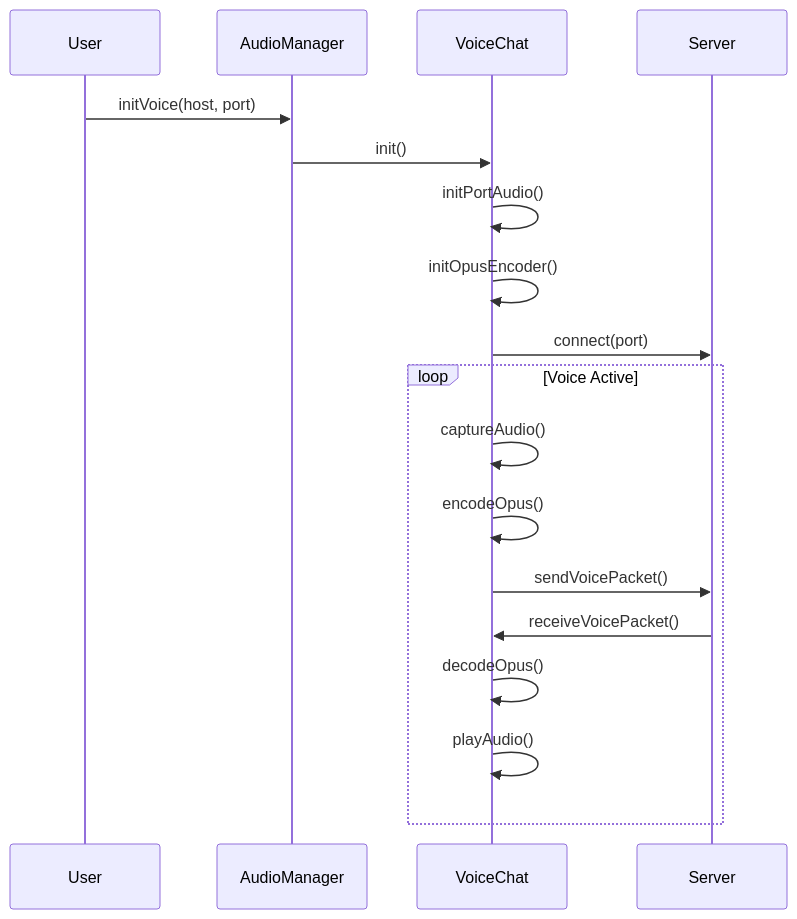
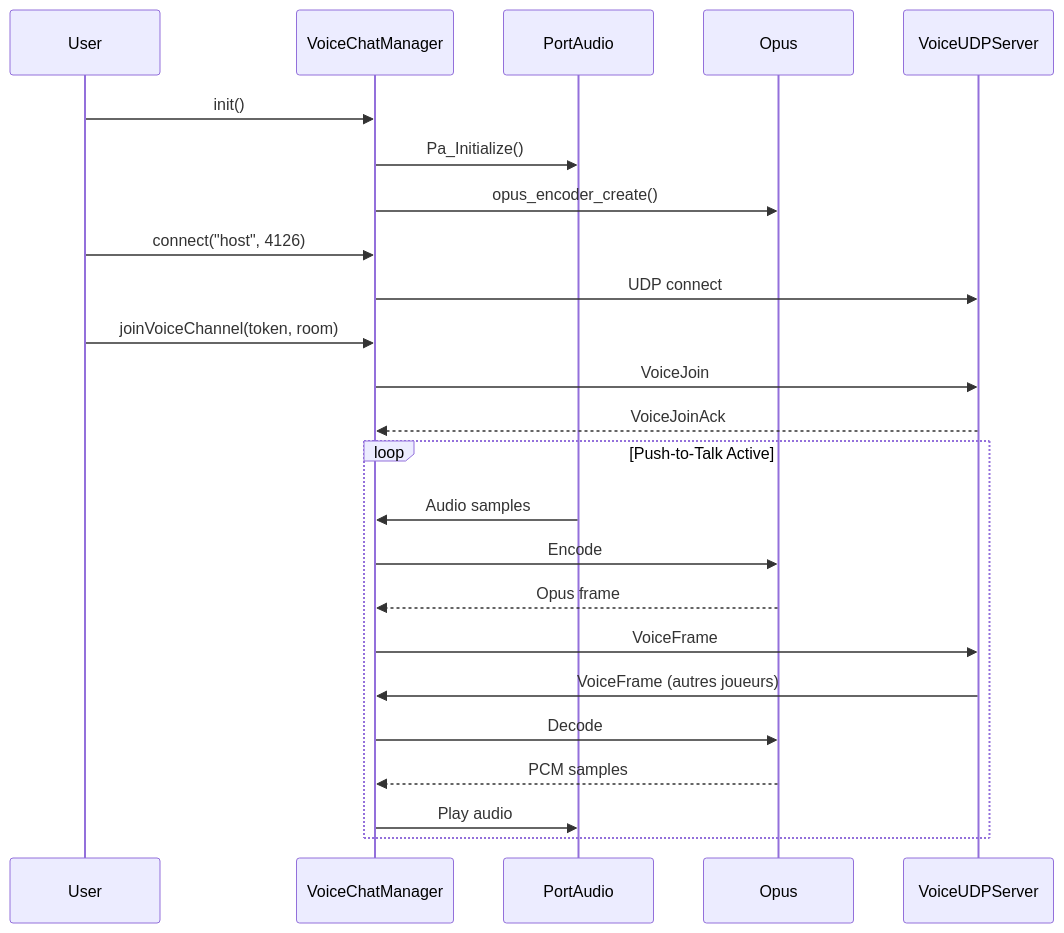
One commit to ChrisG-L/rtype changed the second of 2 diagrams in docs/api/client/audio-manager.md. Above: the diagram before and after it, drawn with Mermaid. The commit also changed other lines of this file and 29 other files, not shown here.

````diff
--- a/docs/api/client/audio-manager.md
+++ b/docs/api/client/audio-manager.md
@@ -292,23 +207,31 @@
 ```mermaid
 sequenceDiagram
     participant User
-    participant AM as AudioManager
-    participant VC as VoiceChat
-    participant Server
+    participant Voice as VoiceChatManager
+    participant PA as PortAudio
+    participant Opus
+    participant Server as VoiceUDPServer
 
-    User->>AM: initVoice(host, port)
-    AM->>VC: init()
-    VC->>VC: initPortAudio()
-    VC->>VC: initOpusEncoder()
-    VC->>Server: connect(port)
+    User->>Voice: init()
+    Voice->>PA: Pa_Initialize()
+    Voice->>Opus: opus_encoder_create()
 
-    loop Voice Active
-        VC->>VC: captureAudio()
-        VC->>VC: encodeOpus()
-        VC->>Server: sendVoicePacket()
+    User->>Voice: connect("host", 4126)
+    Voice->>Server: UDP connect
 
-        Server->>VC: receiveVoicePacket()
-        VC->>VC: decodeOpus()
-        VC->>VC: playAudio()
+    User->>Voice: joinVoiceChannel(token, room)
+    Voice->>Server: VoiceJoin
+    Server-->>Voice: VoiceJoinAck
+
+    loop Push-to-Talk Active
+        PA->>Voice: Audio samples
+        Voice->>Opus: Encode
+        Opus-->>Voice: Opus frame
+        Voice->>Server: VoiceFrame
+
+        Server->>Voice: VoiceFrame (autres joueurs)
+        Voice->>Opus: Decode
+        Opus-->>Voice: PCM samples
+        Voice->>PA: Play audio
     end
 ```
````
